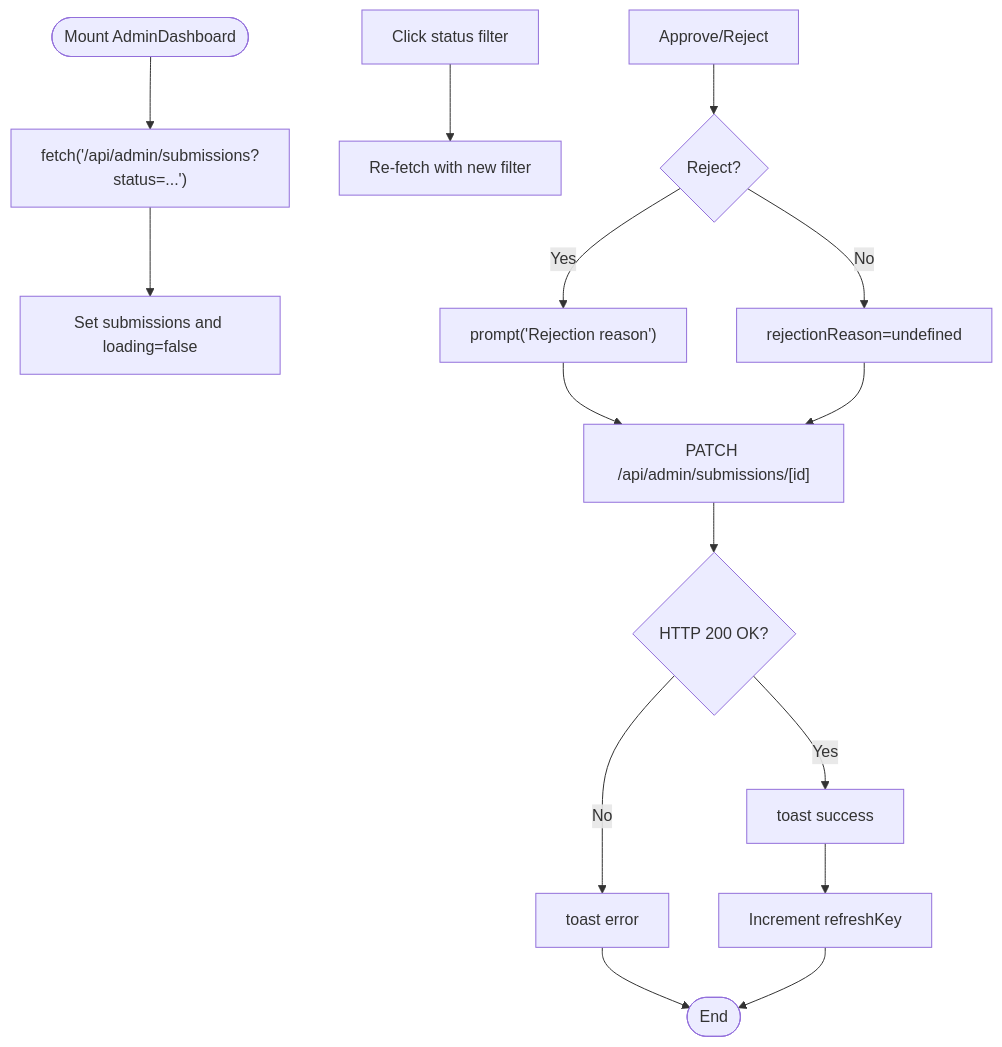
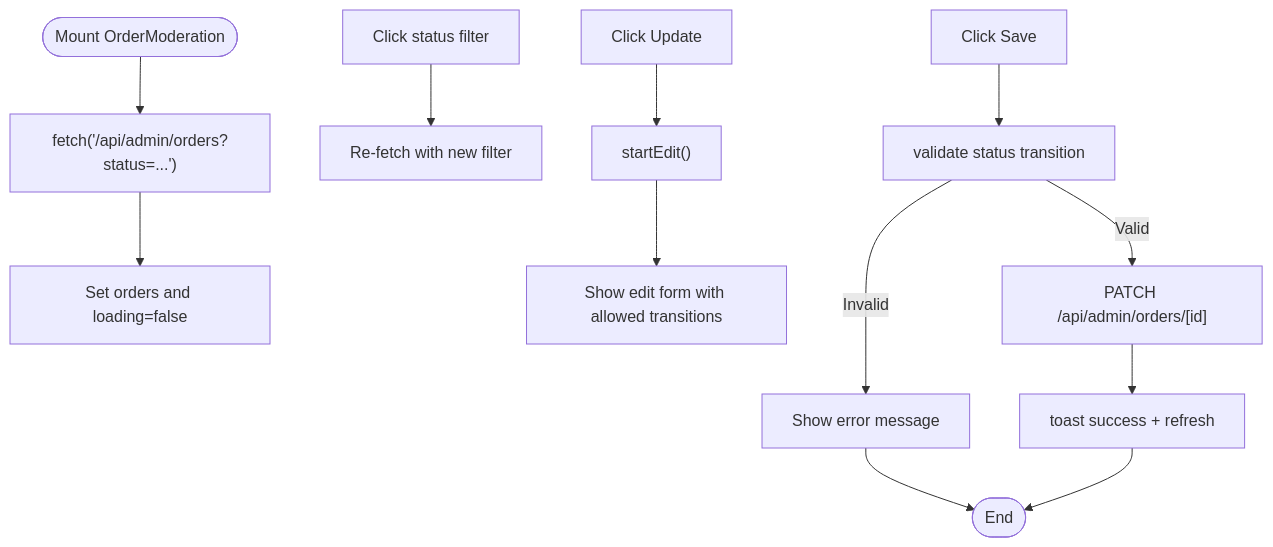
The fourth of 9 diagrams in .qoder/repowiki/en/content/Administrative Features/Administrative Features.md (Crowdspender/titchybooks-app), drawn with Mermaid before and after one commit. The commit also changed other lines of this file and 62 other files, not shown here.

````diff
--- a/.qoder/repowiki/en/content/Administrative Features/Administrative Features.md
+++ b/.qoder/repowiki/en/content/Administrative Features/Administrative Features.md
@@ -178,17 +332,14 @@
 ```mermaid
 flowchart TD
-Init(["Mount AdminDashboard"]) --> Load["fetch('/api/admin/submissions?status=...')"]
-Load --> SetState["Set submissions and loading=false"]
+Init(["Mount OrderModeration"]) --> Load["fetch('/api/admin/orders?status=...')"]
+Load --> SetState["Set orders and loading=false"]
 Filter["Click status filter"] --> Reload["Re-fetch with new filter"]
-Action["Approve/Reject"] --> Prompt{"Reject?"}
-Prompt --> |Yes| AskReason["prompt('Rejection reason')"]
-Prompt --> |No| NoReason["rejectionReason=undefined"]
-AskReason --> Submit["PATCH /api/admin/submissions/[id]"]
-NoReason --> Submit
-Submit --> Ok{"HTTP 200 OK?"}
-Ok --> |Yes| ToastSuccess["toast success"]
-Ok --> |No| ToastError["toast error"]
-ToastSuccess --> Refresh["Increment refreshKey"]
-ToastError --> End(["End"])
-Refresh --> End
+Edit["Click Update"] --> StartEdit["startEdit()"]
+StartEdit --> ShowForm["Show edit form with allowed transitions"]
+Save["Click Save"] --> Validate["validate status transition"]
+Validate --> |Valid| Patch["PATCH /api/admin/orders/[id]"]
+Validate --> |Invalid| Error["Show error message"]
+Patch --> Success["toast success + refresh"]
+Error --> End(["End"])
+Success --> End
 ```
````
